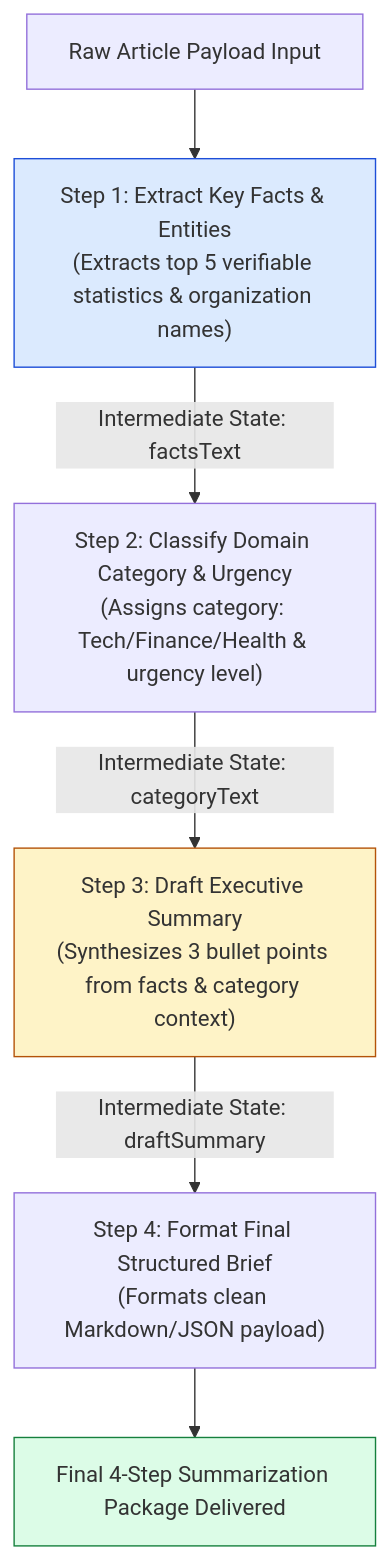
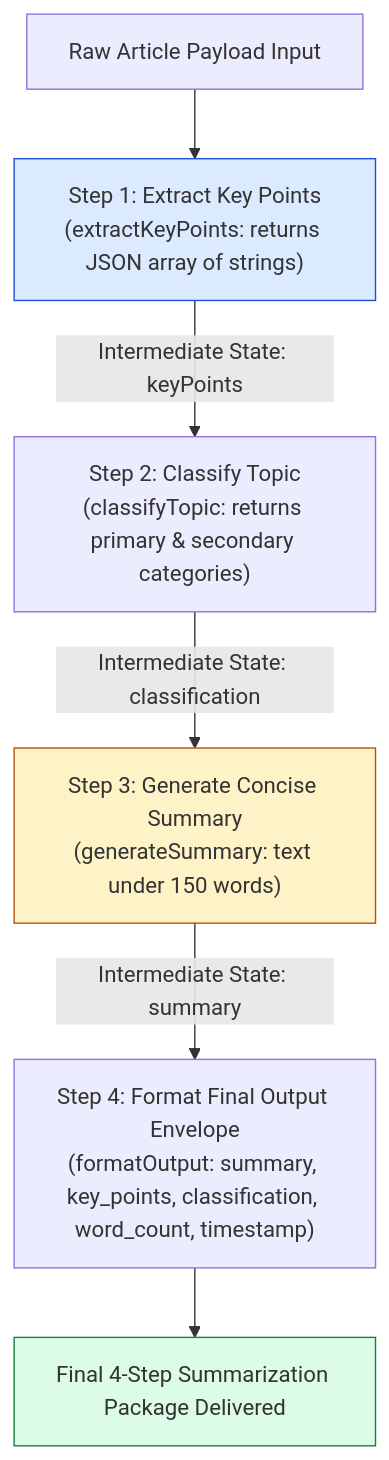
One commit to Amie-dev/engineering-playbook changed the first of 2 diagrams in agentic-ai-notes/01-chai-summarizer/04-summarize-chain.md. Above: the diagram before and after it, drawn with Mermaid. The commit also changed other lines of this file and 27 other files, not shown here.

````diff
--- a/agentic-ai-notes/01-chai-summarizer/04-summarize-chain.md
+++ b/agentic-ai-notes/01-chai-summarizer/04-summarize-chain.md
@@ -13,16 +9,16 @@
 ```mermaid
 flowchart TD
-    RawArticle[Raw Article Payload Input] --> Step1["Step 1: Extract Key Facts & Entities<br/>(Extracts top 5 verifiable statistics & organization names)"]
+    RawArticle[Raw Article Payload Input] --> Step1["Step 1: Extract Key Points<br/>(extractKeyPoints: returns JSON array of strings)"]
 
-    Step1 -->|Intermediate State: factsText| Step2["Step 2: Classify Domain Category & Urgency<br/>(Assigns category: Tech/Finance/Health & urgency level)"]
+    Step1 -->|Intermediate State: keyPoints| Step2["Step 2: Classify Topic<br/>(classifyTopic: returns primary & secondary categories)"]
 
-    Step2 -->|Intermediate State: categoryText| Step3["Step 3: Draft Executive Summary<br/>(Synthesizes 3 bullet points from facts & category context)"]
+    Step2 -->|Intermediate State: classification| Step3["Step 3: Generate Concise Summary<br/>(generateSummary: text under 150 words)"]
 
-    Step3 -->|Intermediate State: draftSummary| Step4["Step 4: Format Final Structured Brief<br/>(Formats clean Markdown/JSON payload)"]
+    Step3 -->|Intermediate State: summary| Step4["Step 4: Format Final Output Envelope<br/>(formatOutput: summary, key_points, classification, word_count, timestamp)"]
 
-    Step4 --> DeliveredPackage[Final 4-Step Summarization Package Delivered]
+    Step4 --> FinalOutput[Final 4-Step Summarization Package Delivered]
 
     style Step1 fill:#dbeafe,stroke:#1d4ed8
     style Step3 fill:#fef3c7,stroke:#b45309
-    style DeliveredPackage fill:#dcfce7,stroke:#15803d
+    style FinalOutput fill:#dcfce7,stroke:#15803d
 ```
````
